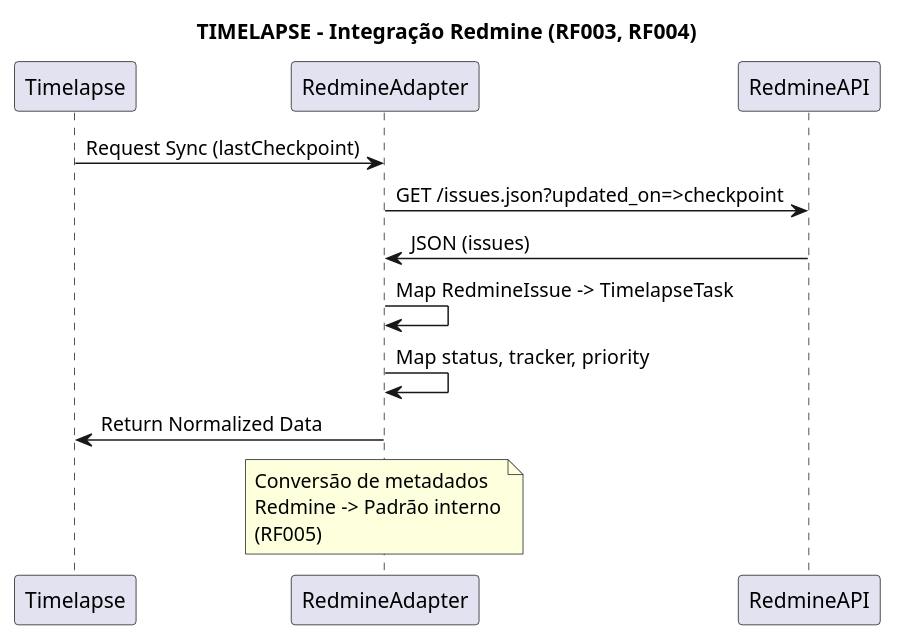
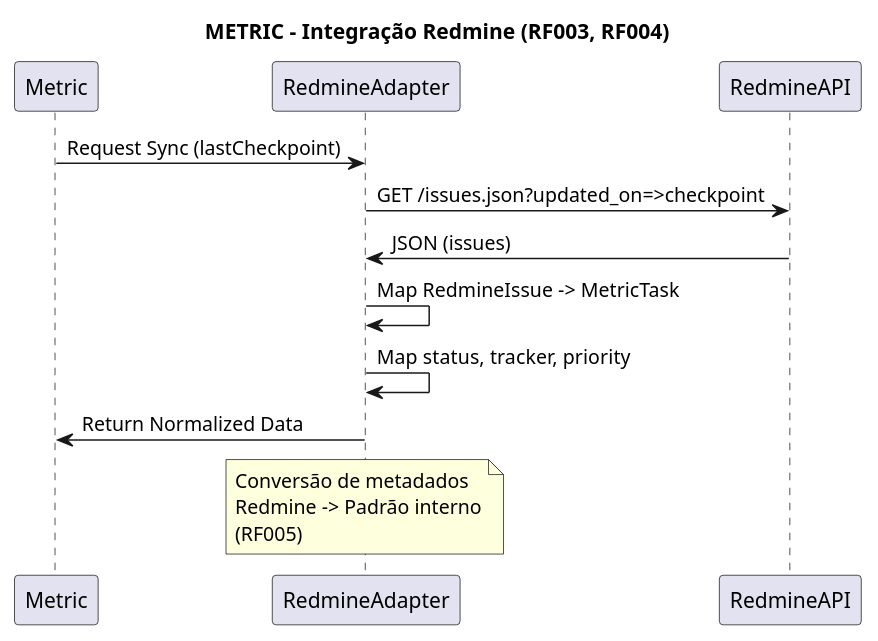
Before and after one commit to Gustavohps10/metric: the diagram in docs/srs/diagrams/puml/integration/diagram-integration-002-redmine.puml, drawn with PlantUML. The commit also changed 208 other files, not shown here.

Commit message:
chore: rename project from timelapse to metric

```diff
--- a/docs/srs/diagrams/puml/integration/diagram-integration-002-redmine.puml
+++ b/docs/srs/diagrams/puml/integration/diagram-integration-002-redmine.puml
@@ -1,20 +1,20 @@
 @startuml IntegrationRedmine
-title TIMELAPSE - Integração Redmine (RF003, RF004)
-participant Timelapse
+title METRIC - Integração Redmine (RF003, RF004)
+participant Metric
 participant RedmineAdapter
 participant RedmineAPI
 
-Timelapse -> RedmineAdapter: Request Sync (lastCheckpoint)
+Metric -> RedmineAdapter: Request Sync (lastCheckpoint)
 RedmineAdapter -> RedmineAPI: GET /issues.json?updated_on=>checkpoint
 RedmineAPI -> RedmineAdapter: JSON (issues)
 
-RedmineAdapter -> RedmineAdapter: Map RedmineIssue -> TimelapseTask
+RedmineAdapter -> RedmineAdapter: Map RedmineIssue -> MetricTask
 RedmineAdapter -> RedmineAdapter: Map status, tracker, priority
-RedmineAdapter -> Timelapse: Return Normalized Data
+RedmineAdapter -> Metric: Return Normalized Data
 
 note over RedmineAdapter
   Conversão de metadados
   Redmine -> Padrão interno
   (RF005)
 end note
 @enduml
```
